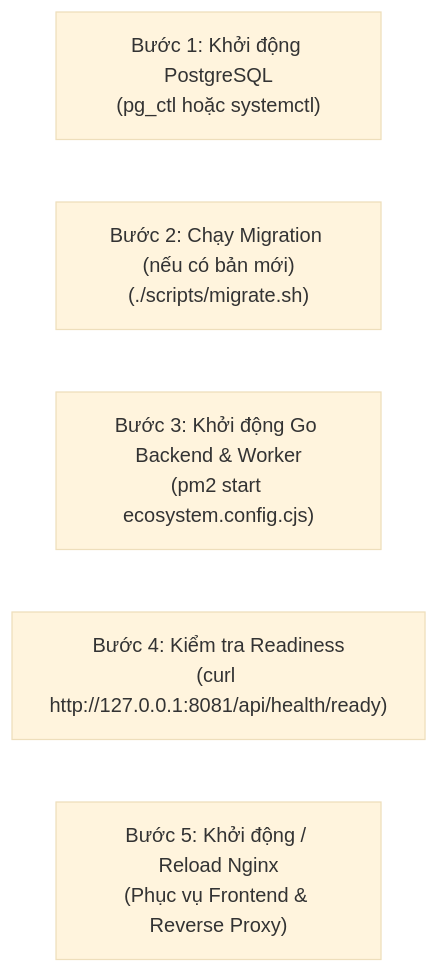
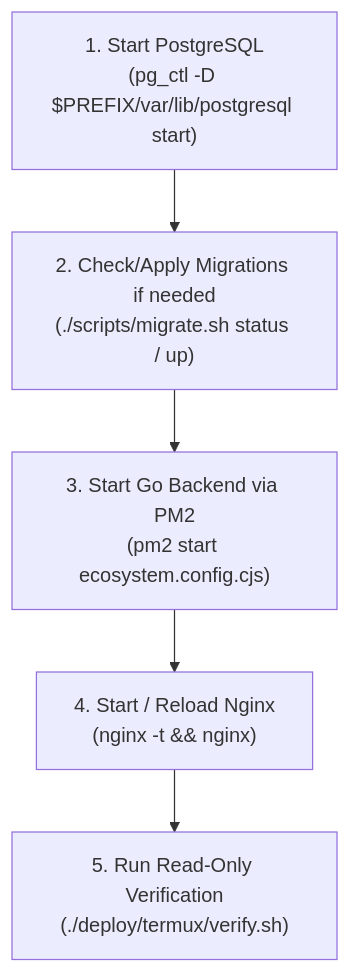
The diagram in docs/deployment/OPERATIONS.md (FatPandaC8/KBA), drawn with Mermaid before and after one commit. The commit also changed other lines of this file and 24 other files, not shown here.

Commit message:
refactor(deploy): simplify Termux production deployment architecture

````diff
--- a/docs/deployment/OPERATIONS.md
+++ b/docs/deployment/OPERATIONS.md
@@ -31,14 +35,13 @@
 ```mermaid
-%%{init: {'theme': 'base', 'themeVariables': { 'background': 'transparent', 'clusterBkg': 'none' }}}%%
 flowchart TD
-    Step1["Bước 1: Khởi động PostgreSQL\n(pg_ctl hoặc systemctl)"]
-    Step2["Bước 2: Chạy Migration (nếu có bản mới)\n(./scripts/migrate.sh)"]
-    Step3["Bước 3: Khởi động Go Backend & Worker\n(pm2 start ecosystem.config.cjs)"]
-    Step4["Bước 4: Kiểm tra Readiness\n(curl http://127.0.0.1:8081/api/health/ready)"]
-    Step5["Bước 5: Khởi động / Reload Nginx\n(Phục vụ Frontend & Reverse Proxy)"]
+    Step1["1. Start PostgreSQL\n(pg_ctl -D $PREFIX/var/lib/postgresql start)"]
+    Step2["2. Check/Apply Migrations if needed\n(./scripts/migrate.sh status / up)"]
+    Step3["3. Start Go Backend via PM2\n(pm2 start ecosystem.config.cjs)"]
+    Step4["4. Start / Reload Nginx\n(nginx -t && nginx)"]
+    Step5["5. Run Read-Only Verification\n(./deploy/termux/verify.sh)"]
 
     Step1 --> Step2
     Step2 --> Step3
     Step3 --> Step4
     Step4 --> Step5
 ```
````
